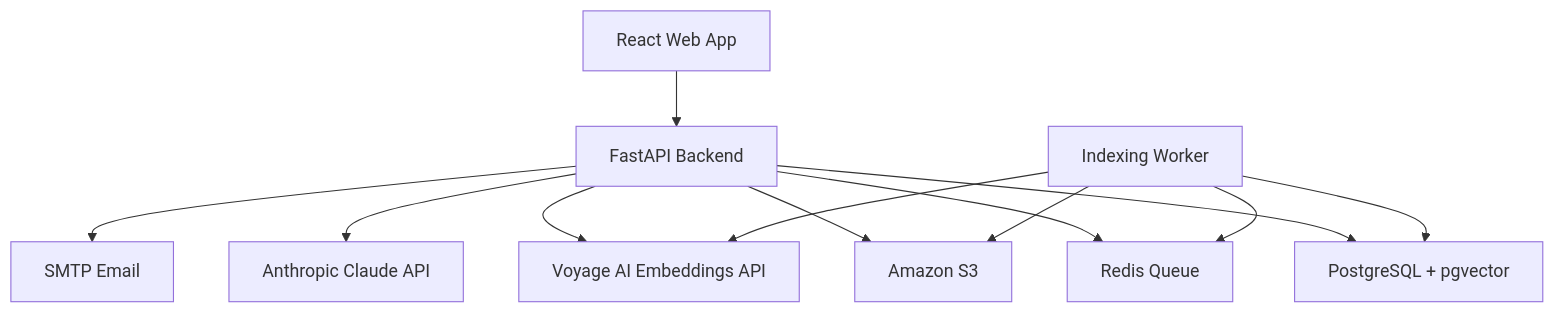
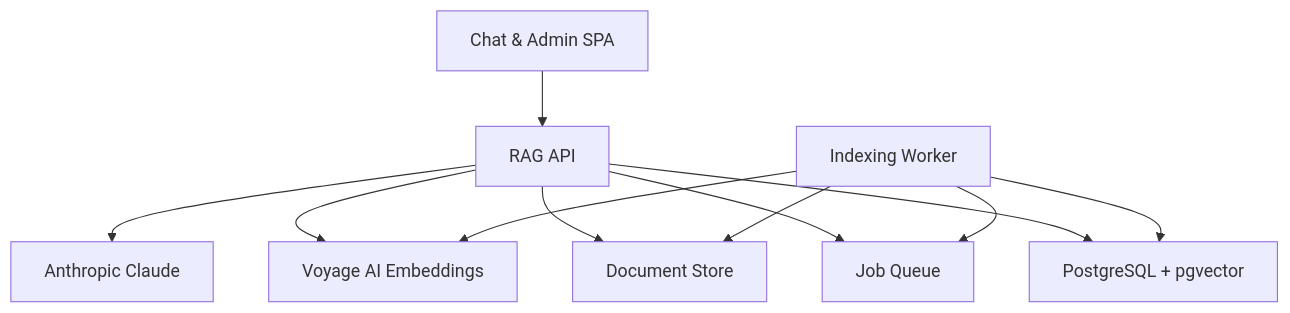
Before and after one commit to saitejaquorq/blogger: the first of 5 diagrams in docs/sdlc/architecture/README.md, drawn with Mermaid. The commit also changed other lines of this file and 15 other files, not shown here.

````diff
--- a/docs/sdlc/architecture/README.md
+++ b/docs/sdlc/architecture/README.md
@@ -180,23 +270,21 @@
 ```mermaid
 graph TD
-  c_web["React Web App"]
-  c_api["FastAPI Backend"]
+  c_web["Chat & Admin SPA"]
+  c_api["RAG API"]
   c_worker["Indexing Worker"]
   c_db["PostgreSQL + pgvector"]
-  c_queue["Redis Queue"]
-  c_filestore["Amazon S3"]
-  c_ai["Anthropic Claude API"]
-  c_embed["Voyage AI Embeddings API"]
-  c_email["SMTP Email"]
+  c_redis["Job Queue"]
+  c_s3["Document Store"]
+  c_claude["Anthropic Claude"]
+  c_voyage["Voyage AI Embeddings"]
   c_web --> c_api
   c_api --> c_db
-  c_api --> c_queue
-  c_api --> c_filestore
-  c_api --> c_ai
-  c_api --> c_embed
-  c_api --> c_email
+  c_api --> c_redis
+  c_api --> c_s3
+  c_api --> c_claude
+  c_api --> c_voyage
   c_worker --> c_db
-  c_worker --> c_queue
-  c_worker --> c_filestore
-  c_worker --> c_embed
+  c_worker --> c_redis
+  c_worker --> c_s3
+  c_worker --> c_voyage
 ```
````
